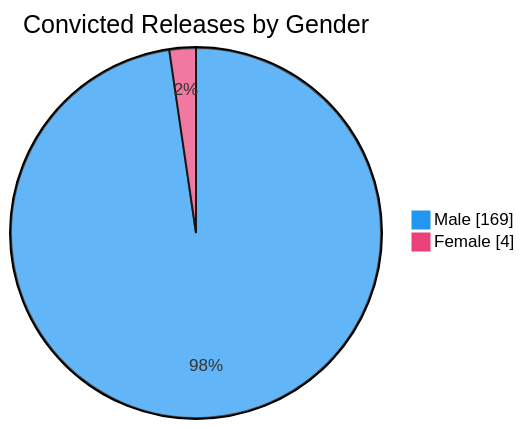
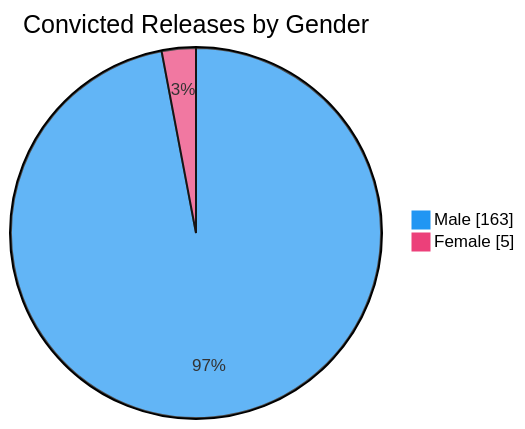
The sixth of 7 diagrams in README.md (nuuuwan/lk_prisons), drawn with Mermaid before and after one commit. The commit also changed other lines of this file and 1 other file, not shown here.

````diff
--- a/README.md
+++ b/README.md
@@ -98,6 +98,6 @@
 ```mermaid
 %%{init: {'themeVariables': {'pie1': '#2196F3', 'pie2': '#EC407A'}}}%%
 pie showData title Convicted Releases by Gender
-    "Male" : 169
-    "Female" : 4
+    "Male" : 163
+    "Female" : 5
 ```
````
